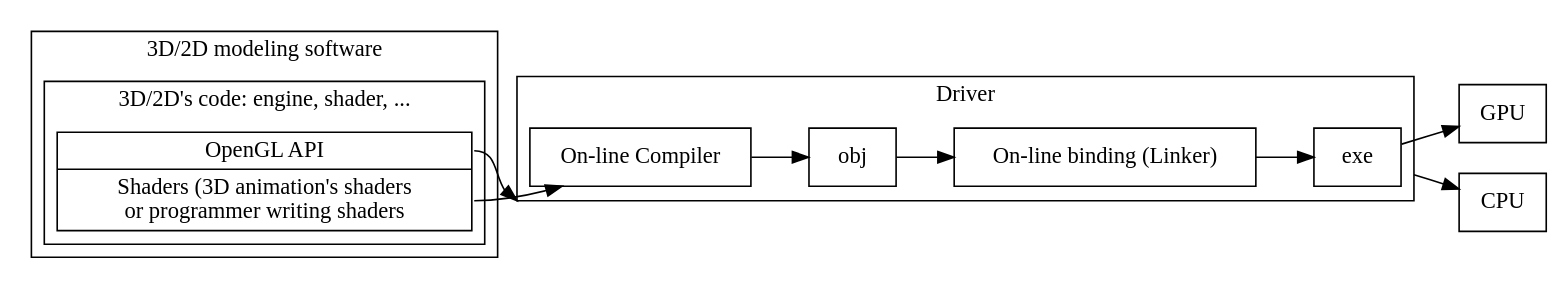
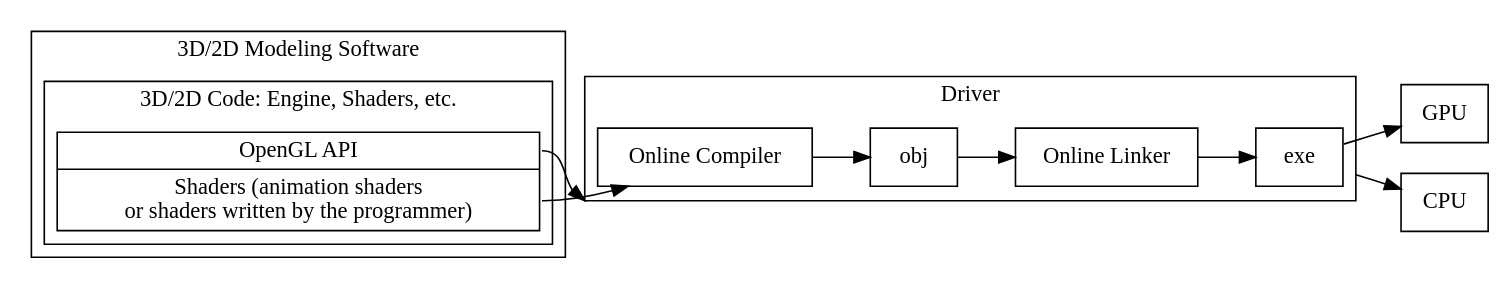
One commit to Jonathan2251/gpu changed the diagram in Fig/hw-sw-stack/opengl-flow.gv. Above: the diagram before and after it, drawn with Graphviz. The commit also changed other lines of this file and 31 other files, not shown here.

```diff
--- a/Fig/hw-sw-stack/opengl-flow.gv
+++ b/Fig/hw-sw-stack/opengl-flow.gv
@@ -1,27 +1,27 @@
 digraph G {
   rankdir=LR;
 
   compound=true;
   node [shape=record];
   subgraph cluster_3d {
-    label = "3D/2D modeling software";
+    label = "3D/2D Modeling Software";
     subgraph cluster_code {
-      label = "3D/2D's code: engine, shader, ...";
-      Api [label="<a> OpenGL API | <s> Shaders (3D animation's shaders \n or programmer writing shaders"];
+      label = "3D/2D Code: Engine, Shaders, etc.";
+      Api [label="<a> OpenGL API | <s> Shaders (animation shaders\nor shaders written by the programmer)"];
     }
   }
   subgraph cluster_driver {
     label = "Driver"
-    Compiler [label="On-line Compiler"];
+    Compiler [label="Online Compiler"];
     Obj [label="obj"];
-    Linker [label="On-line binding (Linker)"];
+    Linker [label="Online Linker"];
     Exe [label="exe"];
   }
   Api:a -> Obj [lhead ="cluster_driver"];
   Api:s -> Compiler;
   Compiler -> Obj -> Linker -> Exe;
   Exe -> GPU;
   Exe -> CPU [ltail ="cluster_driver"]; 
 
 //  label = "OpenGL Flow";
 }
```
